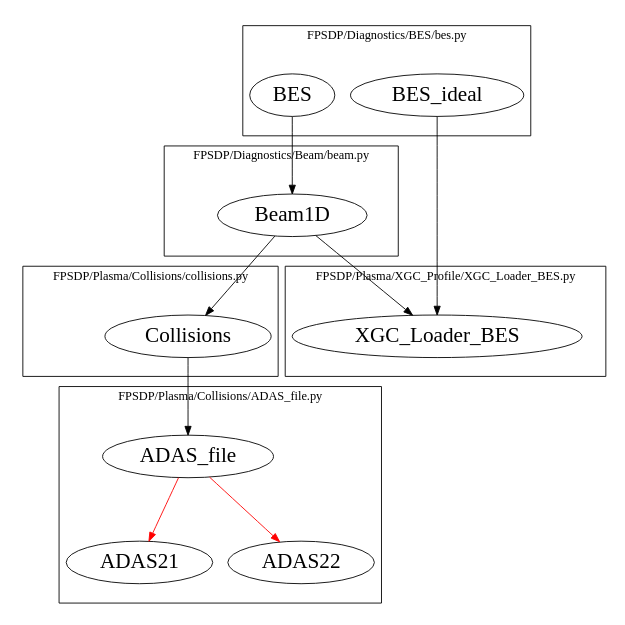
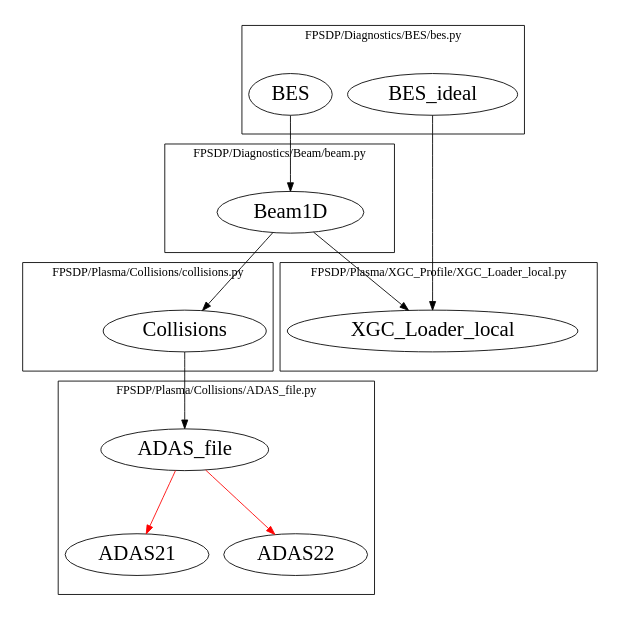
Before and after one commit to LeiShi/Fusion-Plasma-Synthetic-Diagnostics-Platform: the diagram in trunk/src/FPSDP/Doc/BES/source/FPSDP.rst, drawn with Graphviz. The commit also changed 21 other files, not shown here.

```diff
--- a/trunk/src/FPSDP/Doc/BES/source/FPSDP.rst
+++ b/trunk/src/FPSDP/Doc/BES/source/FPSDP.rst
@@ -16,19 +16,19 @@
 .. graphviz::
    
    digraph FPSDP{
    size="5"; ratio=fill; node[fontsize=24];
 
-   BES->Beam1D->Collisions->ADAS_file; BES_ideal->XGC_Loader_BES;
-   Beam1D->XGC_Loader_BES; ADAS_file->ADAS21[color="red"]; ADAS_file->ADAS22[color="red"];
+   BES->Beam1D->Collisions->ADAS_file; BES_ideal->XGC_Loader_local;
+   Beam1D->XGC_Loader_local; ADAS_file->ADAS21[color="red"]; ADAS_file->ADAS22[color="red"];
 
    subgraph cluster_bes { label="FPSDP/Diagnostics/BES/bes.py"; BES; BES_ideal; }
 
    subgraph cluster_beam { label="FPSDP/Diagnostics/Beam/beam.py"; Beam1D; }
 
-   subgraph cluster_XGC { label="FPSDP/Plasma/XGC_Profile/XGC_Loader_BES.py"; XGC_Loader_BES; }
+   subgraph cluster_XGC { label="FPSDP/Plasma/XGC_Profile/XGC_Loader_local.py"; XGC_Loader_local; }
 
    subgraph cluster_ADAS { label="FPSDP/Plasma/Collisions/ADAS_file.py"; ADAS_file; ADAS21; ADAS22; }
 
    subgraph cluster_collisions { label="FPSDP/Plasma/Collisions/collisions.py"; Collisions; }
 
    }
```
